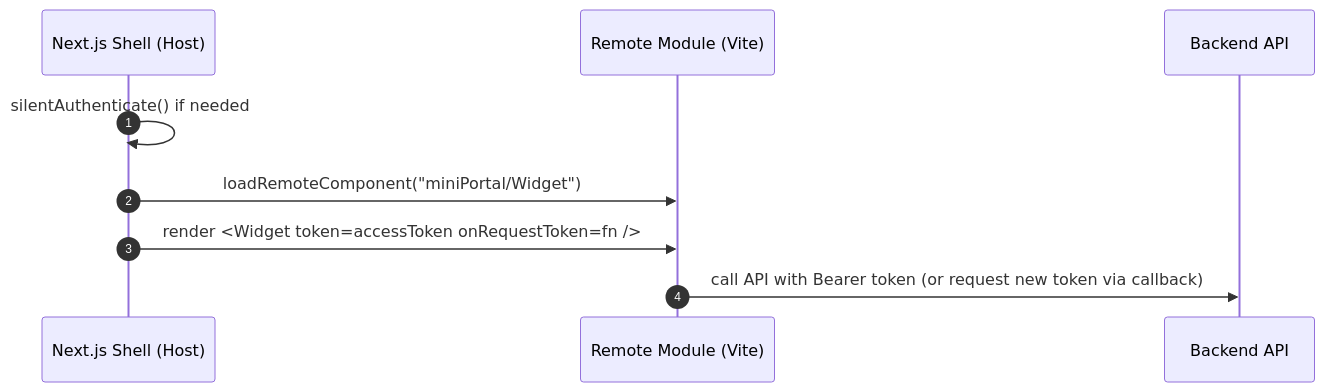
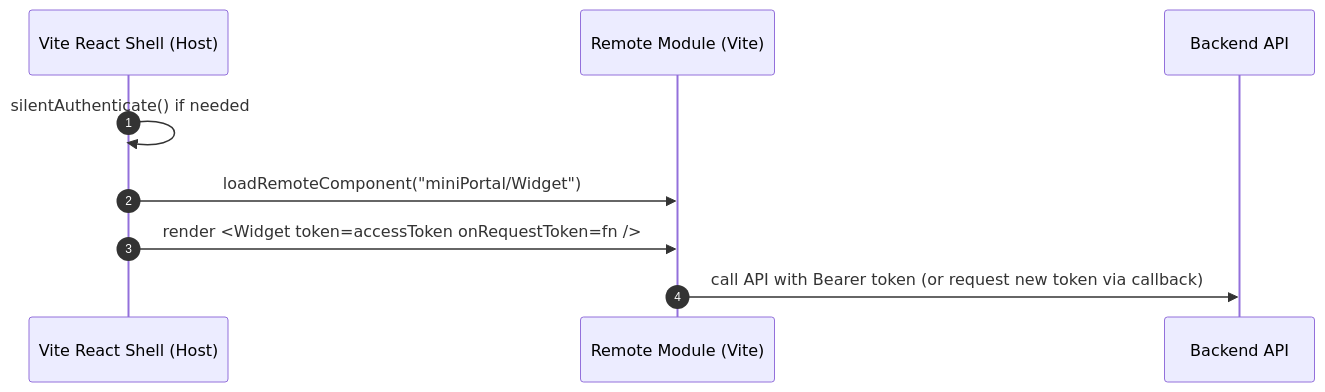
One commit to TAdev07/super-admin-portal-demo changed the second of 2 diagrams in docs/module-federation.md. Above: the diagram before and after it, drawn with Mermaid. The commit also changed other lines of this file and 44 other files, not shown here.

````diff
--- a/docs/module-federation.md
+++ b/docs/module-federation.md
@@ -21,12 +21,12 @@
 ```mermaid
 sequenceDiagram
   autonumber
-  participant Shell as Next.js Shell (Host)
+  participant Shell as Vite React Shell (Host)
   participant Remote as Remote Module (Vite)
   participant API as Backend API
 
   Shell->>Shell: silentAuthenticate() if needed
   Shell->>Remote: loadRemoteComponent("miniPortal/Widget")
   Shell->>Remote: render <Widget token=accessToken onRequestToken=fn />
   Remote->>API: call API with Bearer token (or request new token via callback)
 ```
````
